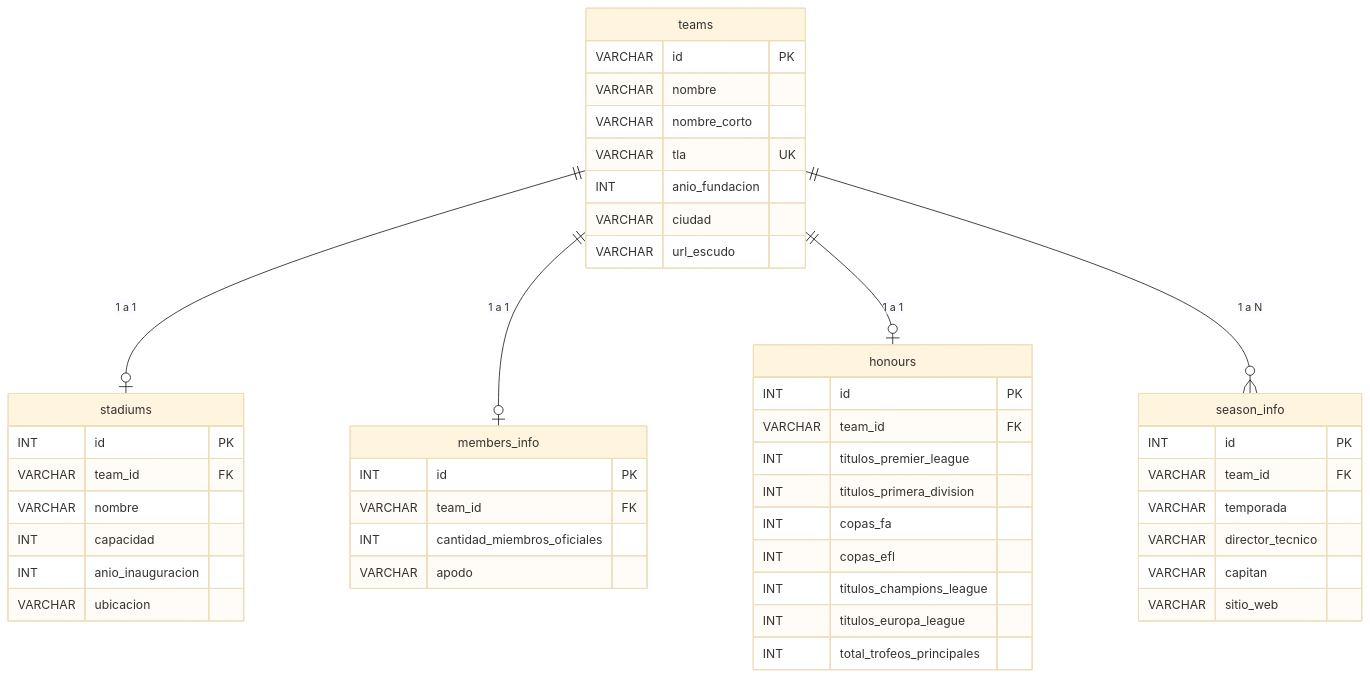
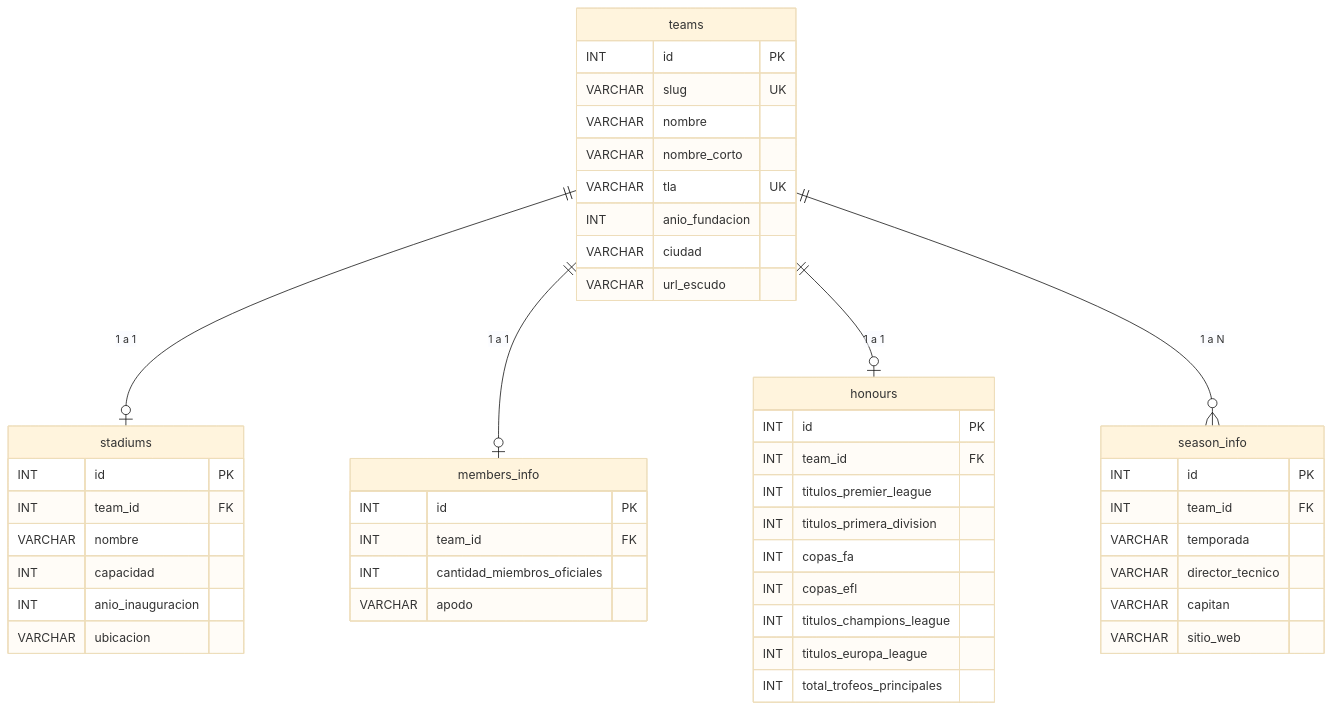
The diagram in README.md (fabrip-prog/API-final-Prog), drawn with Mermaid (base theme) before and after one commit. The commit also changed other lines of this file and 11 other files, not shown here.

````diff
--- a/README.md
+++ b/README.md
@@ -136,54 +141,55 @@
 ```mermaid
 erDiagram
     teams ||--o| stadiums : "1 a 1"
     teams ||--o| members_info : "1 a 1"
     teams ||--o| honours : "1 a 1"
     teams ||--o{ season_info : "1 a N"
 
     teams {
-        VARCHAR id PK
+        INT id PK
+        VARCHAR slug UK
         VARCHAR nombre
         VARCHAR nombre_corto
         VARCHAR tla UK
         INT anio_fundacion
         VARCHAR ciudad
         VARCHAR url_escudo
     }
 
     stadiums {
         INT id PK
-        VARCHAR team_id FK
+        INT team_id FK
         VARCHAR nombre
         INT capacidad
         INT anio_inauguracion
         VARCHAR ubicacion
     }
 
     members_info {
         INT id PK
-        VARCHAR team_id FK
+        INT team_id FK
         INT cantidad_miembros_oficiales
         VARCHAR apodo
     }
 
     honours {
         INT id PK
-        VARCHAR team_id FK
+        INT team_id FK
         INT titulos_premier_league
         INT titulos_primera_division
         INT copas_fa
         INT copas_efl
         INT titulos_champions_league
         INT titulos_europa_league
         INT total_trofeos_principales
     }
 
     season_info {
         INT id PK
-        VARCHAR team_id FK
+        INT team_id FK
         VARCHAR temporada
         VARCHAR director_tecnico
         VARCHAR capitan
         VARCHAR sitio_web
     }
 ```
````
